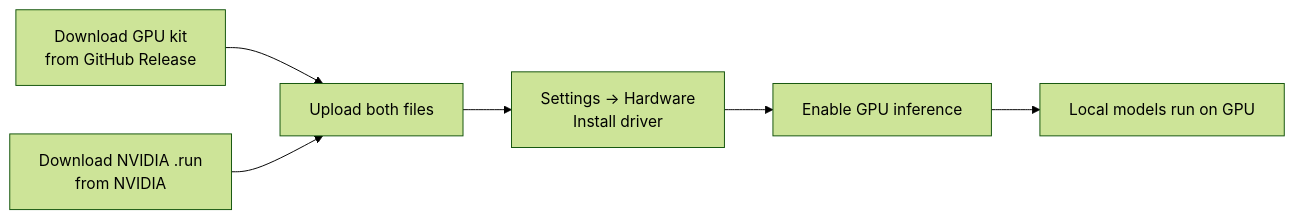
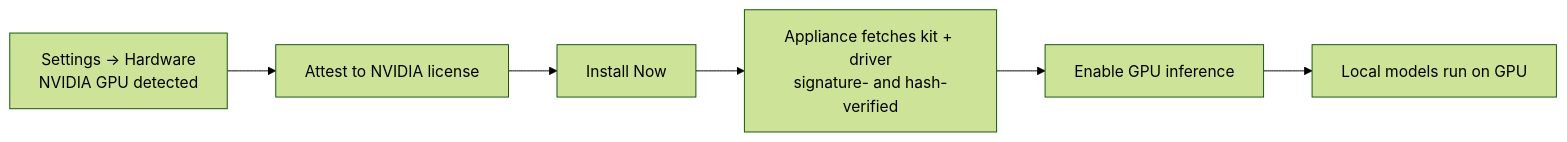
The diagram in docs/public/docs/guides/gpu-drivers.md (altvale/kruxos), drawn with Mermaid (forest theme) before and after one commit. The commit also changed other lines of this file and 1 other file, not shown here.

First line of the commit message:
docs(gpu-drivers): refresh for one-click Install Now flow

````diff
--- a/docs/public/docs/guides/gpu-drivers.md
+++ b/docs/public/docs/guides/gpu-drivers.md
@@ -7,8 +7,8 @@
 ```mermaid
 flowchart LR
-    A[Download GPU kit<br/>from GitHub Release] --> C[Upload both files]
-    B[Download NVIDIA .run<br/>from NVIDIA] --> C
-    C --> D[Settings → Hardware<br/>Install driver]
+    A[Settings → Hardware<br/>NVIDIA GPU detected] --> B[Attest to NVIDIA license]
+    B --> C[Install Now]
+    C --> D[Appliance fetches kit + driver<br/>signature- and hash-verified]
     D --> E[Enable GPU inference]
     E --> F[Local models run on GPU]
 ```
````
